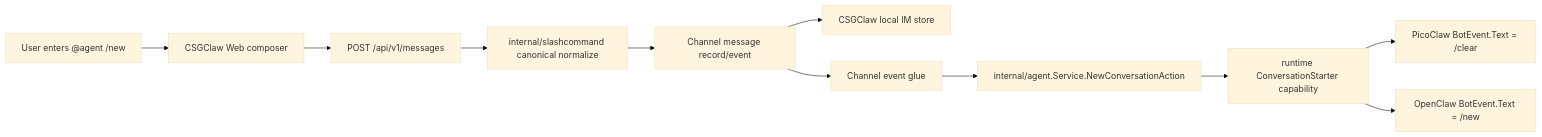
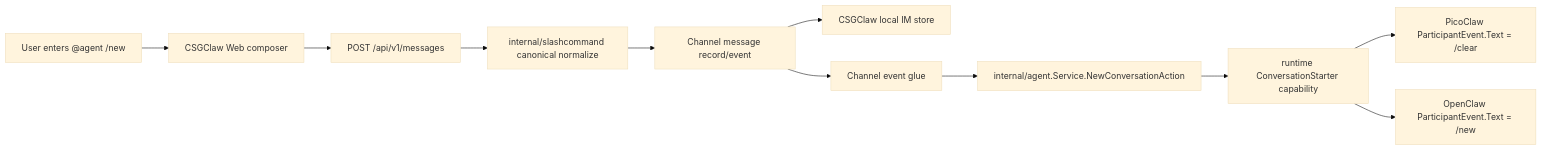
Before and after one commit to jialudev/csgclaw: the first of 3 diagrams in docs/im/im-chat-agent-history-cleanup.en.md, drawn with Mermaid (base theme). The commit also changed other lines of this file and 213 other files, not shown here.

````diff
--- a/docs/im/im-chat-agent-history-cleanup.en.md
+++ b/docs/im/im-chat-agent-history-cleanup.en.md
@@ -148,13 +148,13 @@
 ```mermaid
 flowchart LR
   User["User enters @agent /new"] --> Web["CSGClaw Web composer"]
   Web --> WebAPI["POST /api/v1/messages"]
   WebAPI --> Slash["internal/slashcommand canonical normalize"]
   Slash --> ChannelRecord["Channel message record/event"]
   ChannelRecord --> IM["CSGClaw local IM store"]
   ChannelRecord --> Glue["Channel event glue"]
   Glue --> AgentSvc["internal/agent.Service.NewConversationAction"]
   AgentSvc --> Runtime["runtime ConversationStarter capability"]
-  Runtime --> Pico["PicoClaw BotEvent.Text = /clear"]
-  Runtime --> Open["OpenClaw BotEvent.Text = /new"]
+  Runtime --> Pico["PicoClaw ParticipantEvent.Text = /clear"]
+  Runtime --> Open["OpenClaw ParticipantEvent.Text = /new"]
 ```
````
